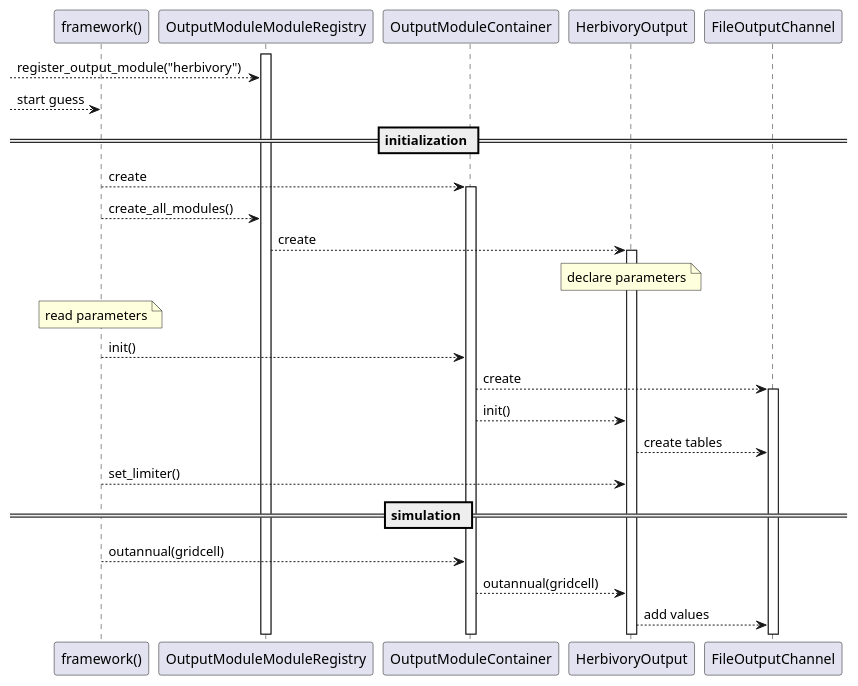
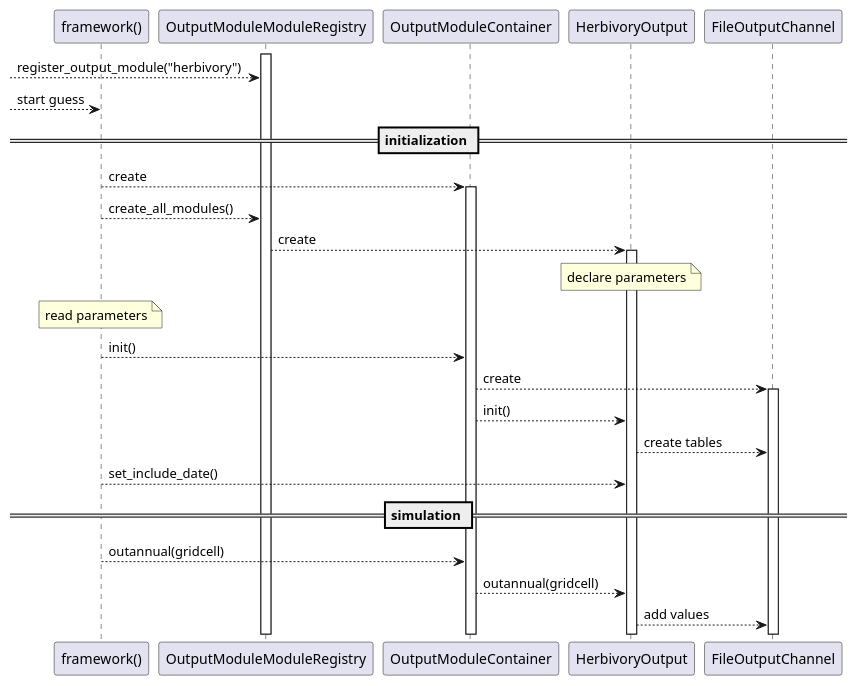
One commit to wtraylor/modular_megafauna_model changed the sixth of 7 diagrams in doxygen/herbiv_design.md. Above: the diagram before and after it, drawn with PlantUML. The commit also changed other lines of this file and 4 other files, not shown here.

```diff
--- a/doxygen/herbiv_design.md
+++ b/doxygen/herbiv_design.md
@@ -356,24 +356,24 @@
 @startuml "Output initialization in LPJ-GUESS"
 participant "framework()" as framework
 activate OutputModuleModuleRegistry
 [--> OutputModuleModuleRegistry : register_output_module("herbivory")
 [--> framework : start guess
 == initialization ==
 framework --> OutputModuleContainer : create
 activate OutputModuleContainer
 framework --> OutputModuleModuleRegistry : create_all_modules()
 OutputModuleModuleRegistry --> HerbivoryOutput : create
 activate HerbivoryOutput
 note over HerbivoryOutput : declare parameters
 note over framework : read parameters
 framework --> OutputModuleContainer : init()
 OutputModuleContainer      --> FileOutputChannel : create
 activate FileOutputChannel
 OutputModuleContainer --> HerbivoryOutput : init()
 HerbivoryOutput --> FileOutputChannel : create tables
-framework --> HerbivoryOutput : set_limiter()
+framework --> HerbivoryOutput : set_include_date()
 == simulation ==
 framework --> OutputModuleContainer : outannual(gridcell)
 OutputModuleContainer --> HerbivoryOutput : outannual(gridcell)
 HerbivoryOutput --> FileOutputChannel : add values
 @enduml
```
